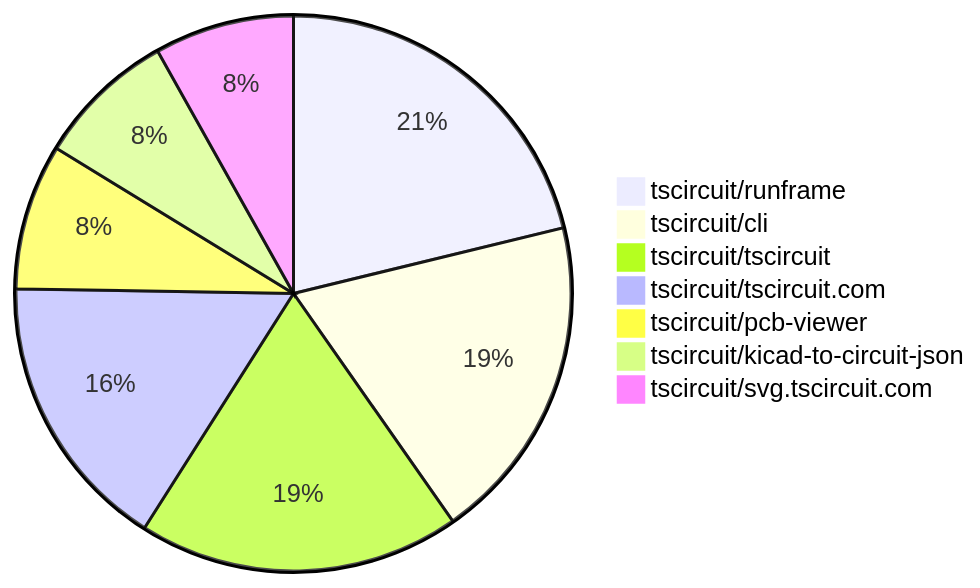
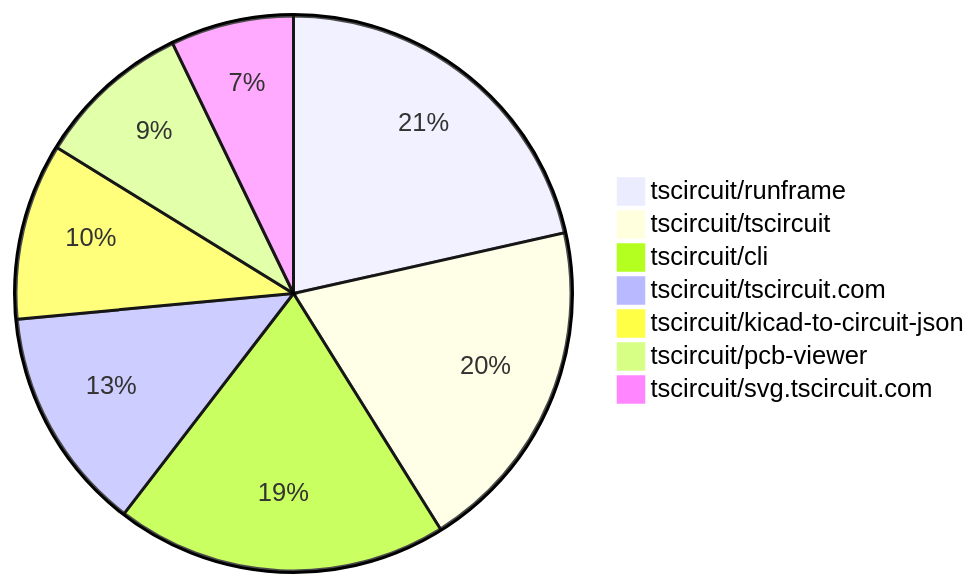
The second of 2 diagrams in README.md (tscircuit/contribution-tracker), drawn with Mermaid before and after one commit. The commit also changed other lines of this file and 3 other files, not shown here.

````diff
--- a/README.md
+++ b/README.md
@@ -134,10 +140,10 @@
 ```mermaid
 pie
-    "tscircuit/runframe" : 60
-    "tscircuit/cli" : 54
-    "tscircuit/tscircuit" : 53
-    "tscircuit/tscircuit.com" : 46
-    "tscircuit/pcb-viewer" : 24
-    "tscircuit/kicad-to-circuit-json" : 23
+    "tscircuit/runframe" : 69
+    "tscircuit/tscircuit" : 63
+    "tscircuit/cli" : 62
+    "tscircuit/tscircuit.com" : 42
+    "tscircuit/kicad-to-circuit-json" : 33
+    "tscircuit/pcb-viewer" : 29
     "tscircuit/svg.tscircuit.com" : 23
 ```
````
